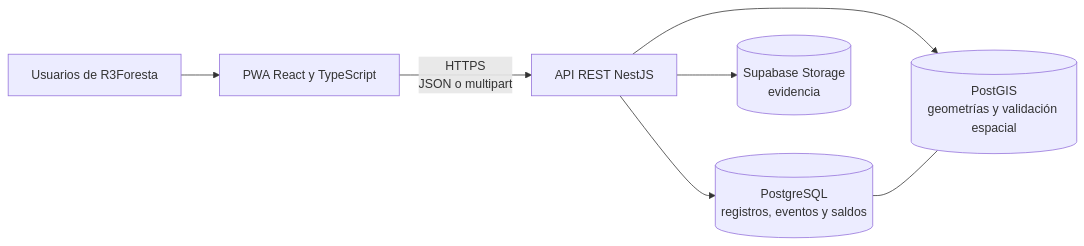
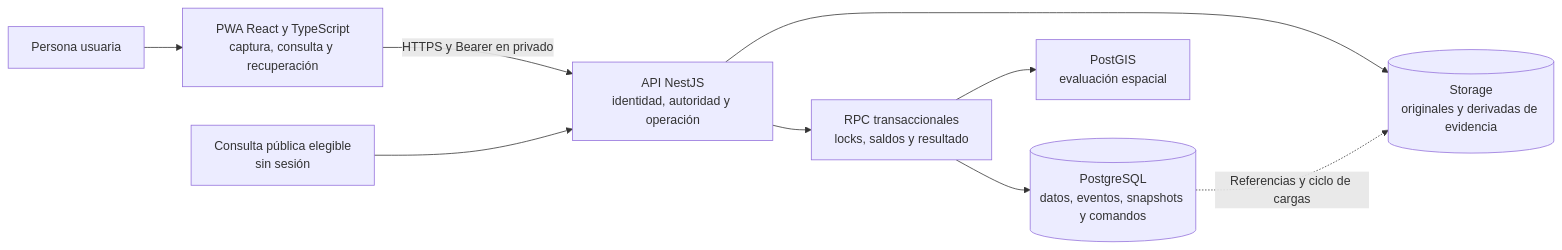
Diagram 17 of 18 in documentacion-grado/06_entregables/proyecto_grado/03_2_fase_elaboracion.md (R3foresta/r3foresta-docs), drawn with Mermaid before and after one commit. The commit also changed other lines of this file and 13 other files, not shown here.

Commit message:
docs: consolidar Elaboración RUP con diagramas actualizados

````diff
--- a/documentacion-grado/06_entregables/proyecto_grado/03_2_fase_elaboracion.md
+++ b/documentacion-grado/06_entregables/proyecto_grado/03_2_fase_elaboracion.md
@@ -836,9 +892,11 @@
 ```mermaid
 flowchart LR
-  U[Usuarios de R3Foresta] --> PWA[PWA React y TypeScript]
-  PWA -->|HTTPS<br/>JSON o multipart| API[API REST NestJS]
-  API --> DB[(PostgreSQL<br/>registros, eventos y saldos)]
-  API --> GIS[(PostGIS<br/>geometrías y validación espacial)]
-  API --> STO[(Supabase Storage<br/>evidencia)]
-  DB --- GIS
+    U["Persona usuaria"] --> PWA["PWA React y TypeScript<br/>captura, consulta y recuperación"]
+    PWA -->|"HTTPS y Bearer en privado"| API["API NestJS<br/>identidad, autoridad y operación"]
+    API --> RPC["RPC transaccionales<br/>locks, saldos y resultado"]
+    RPC --> DB[("PostgreSQL<br/>datos, eventos, snapshots y comandos")]
+    RPC --> GIS["PostGIS<br/>evaluación espacial"]
+    API --> ST[("Storage<br/>originales y derivadas de evidencia")]
+    DB -.->|"Referencias y ciclo de cargas"| ST
+    PUB["Consulta pública elegible<br/>sin sesión"] --> API
 ```
````
